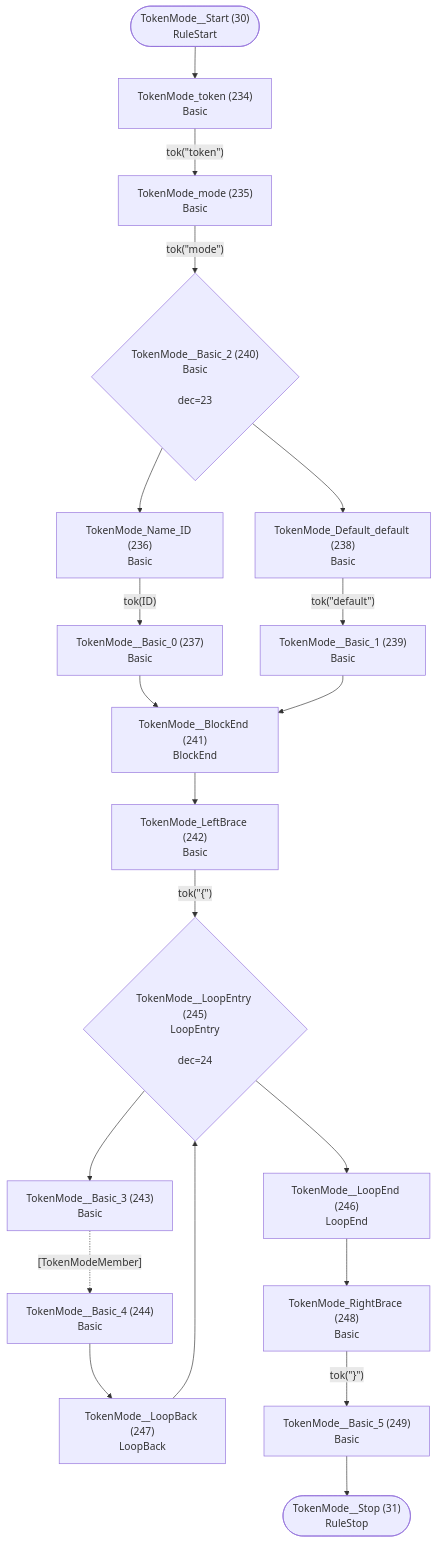
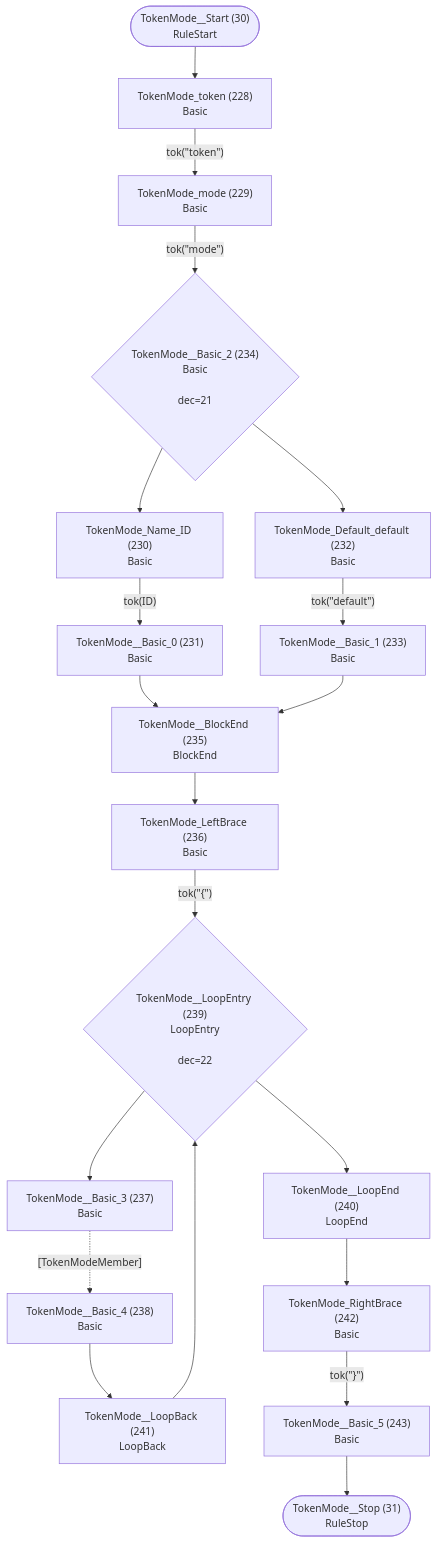
Before and after one commit to TypeFox/fastbelt: diagram 16 of 40 in internal/grammar/atn.md, drawn with Mermaid. The commit also changed other lines of this file and 12 other files, not shown here.

````diff
--- a/internal/grammar/atn.md
+++ b/internal/grammar/atn.md
@@ -496,41 +482,41 @@
 ```mermaid
 flowchart TD
     q30(["TokenMode__Start (30)<br/>RuleStart"])
     q31(["TokenMode__Stop (31)<br/>RuleStop"])
-    q234["TokenMode_token (234)<br/>Basic<br/>"]
-    q235["TokenMode_mode (235)<br/>Basic<br/>"]
-    q236["TokenMode_Name_ID (236)<br/>Basic<br/>"]
-    q237["TokenMode__Basic_0 (237)<br/>Basic<br/>"]
-    q238["TokenMode_Default_default (238)<br/>Basic<br/>"]
-    q239["TokenMode__Basic_1 (239)<br/>Basic<br/>"]
-    q240{"TokenMode__Basic_2 (240)<br/>Basic<br/><br/>dec=23"}
-    q241["TokenMode__BlockEnd (241)<br/>BlockEnd<br/>"]
-    q242["TokenMode_LeftBrace (242)<br/>Basic<br/>"]
-    q243["TokenMode__Basic_3 (243)<br/>Basic<br/>"]
-    q244["TokenMode__Basic_4 (244)<br/>Basic<br/>"]
-    q245{"TokenMode__LoopEntry (245)<br/>LoopEntry<br/><br/>dec=24"}
-    q246["TokenMode__LoopEnd (246)<br/>LoopEnd<br/>"]
-    q247["TokenMode__LoopBack (247)<br/>LoopBack<br/>"]
-    q248["TokenMode_RightBrace (248)<br/>Basic<br/>"]
-    q249["TokenMode__Basic_5 (249)<br/>Basic<br/>"]
+    q228["TokenMode_token (228)<br/>Basic<br/>"]
+    q229["TokenMode_mode (229)<br/>Basic<br/>"]
+    q230["TokenMode_Name_ID (230)<br/>Basic<br/>"]
+    q231["TokenMode__Basic_0 (231)<br/>Basic<br/>"]
+    q232["TokenMode_Default_default (232)<br/>Basic<br/>"]
+    q233["TokenMode__Basic_1 (233)<br/>Basic<br/>"]
+    q234{"TokenMode__Basic_2 (234)<br/>Basic<br/><br/>dec=21"}
+    q235["TokenMode__BlockEnd (235)<br/>BlockEnd<br/>"]
+    q236["TokenMode_LeftBrace (236)<br/>Basic<br/>"]
+    q237["TokenMode__Basic_3 (237)<br/>Basic<br/>"]
+    q238["TokenMode__Basic_4 (238)<br/>Basic<br/>"]
+    q239{"TokenMode__LoopEntry (239)<br/>LoopEntry<br/><br/>dec=22"}
+    q240["TokenMode__LoopEnd (240)<br/>LoopEnd<br/>"]
+    q241["TokenMode__LoopBack (241)<br/>LoopBack<br/>"]
+    q242["TokenMode_RightBrace (242)<br/>Basic<br/>"]
+    q243["TokenMode__Basic_5 (243)<br/>Basic<br/>"]
 
-    q30 --> q234
-    q234 -->|"tok(&quot;token&quot;)"| q235
-    q235 -->|"tok(&quot;mode&quot;)"| q240
-    q236 -->|"tok(ID)"| q237
-    q237 --> q241
-    q238 -->|"tok(&quot;default&quot;)"| q239
-    q239 --> q241
-    q240 --> q236
-    q240 --> q238
-    q241 --> q242
-    q242 -->|"tok(&quot;{&quot;)"| q245
-    q243 -.->|"[TokenModeMember]"| q244
-    q244 --> q247
-    q245 --> q243
-    q245 --> q246
-    q246 --> q248
-    q247 --> q245
-    q248 -->|"tok(&quot;}&quot;)"| q249
-    q249 --> q31
+    q30 --> q228
+    q228 -->|"tok(&quot;token&quot;)"| q229
+    q229 -->|"tok(&quot;mode&quot;)"| q234
+    q230 -->|"tok(ID)"| q231
+    q231 --> q235
+    q232 -->|"tok(&quot;default&quot;)"| q233
+    q233 --> q235
+    q234 --> q230
+    q234 --> q232
+    q235 --> q236
+    q236 -->|"tok(&quot;{&quot;)"| q239
+    q237 -.->|"[TokenModeMember]"| q238
+    q238 --> q241
+    q239 --> q237
+    q239 --> q240
+    q240 --> q242
+    q241 --> q239
+    q242 -->|"tok(&quot;}&quot;)"| q243
+    q243 --> q31
 ```
````
